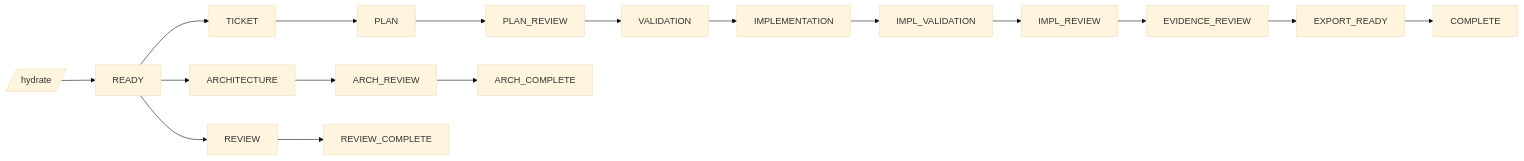
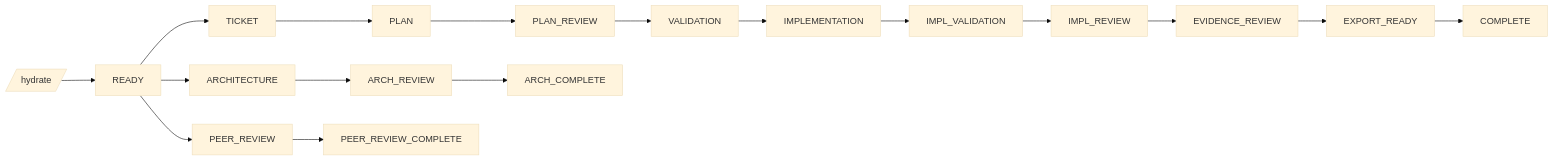
Before and after one commit to koeppben23/governed-runtime: the diagram in PRODUCT_IDENTITY.md, drawn with Mermaid (base theme). The commit also changed other lines of this file and 133 other files, not shown here.

First line of the commit message:
refactor: rename the standalone review flow to peer review

````diff
--- a/PRODUCT_IDENTITY.md
+++ b/PRODUCT_IDENTITY.md
@@ -149,13 +149,13 @@
 ```mermaid
 flowchart LR
     HYD[/hydrate/] --> READY
     READY --> TICKET
     READY --> ARCH[ARCHITECTURE]
-    READY --> REVIEW
+    READY --> PEER_REVIEW
 
     TICKET --> PLAN --> PLAN_REV[PLAN_REVIEW] --> VAL[VALIDATION] --> IMPL[IMPLEMENTATION] --> IMPL_VAL[IMPL_VALIDATION] --> IMPL_REV[IMPL_REVIEW] --> EVID_REV[EVIDENCE_REVIEW] --> EXPORT_READY --> COMPLETE
 
     ARCH --> ARCH_REV[ARCH_REVIEW] --> ARCH_COMPLETE
 
-    REVIEW --> REVIEW_COMPLETE
+    PEER_REVIEW --> PEER_REVIEW_COMPLETE
 ```
````
